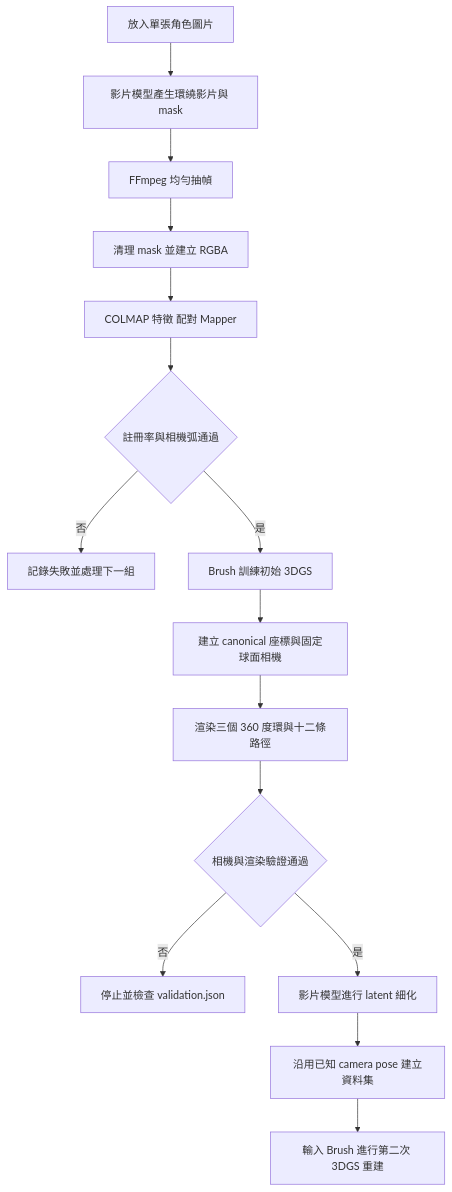
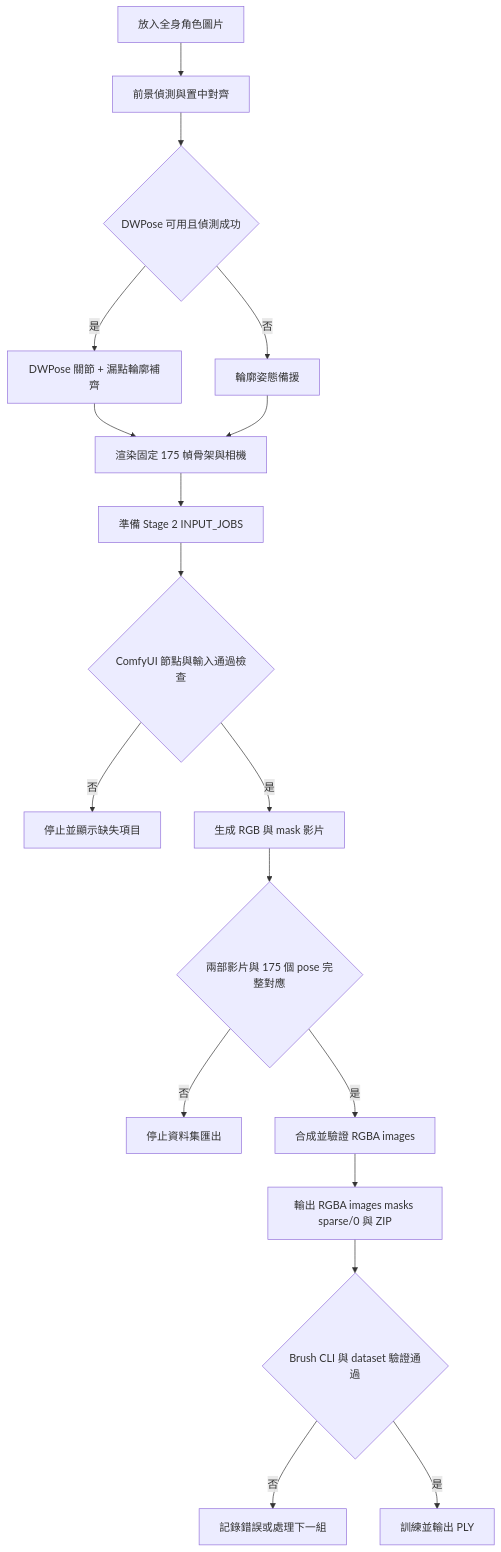
One commit to gkwang4912/VideoSplat changed the third of 3 diagrams in README.md. Above: the diagram before and after it, drawn with Mermaid. The commit also changed other lines of this file and 110 other files, not shown here.

````diff
--- a/README.md
+++ b/README.md
@@ -71,17 +79,20 @@
 ```mermaid
 flowchart TD
-    S[放入單張角色圖片] --> G[影片模型產生環繞影片與 mask]
-    G --> F[FFmpeg 均勻抽幀]
-    F --> R[清理 mask 並建立 RGBA]
-    R --> C[COLMAP 特徵 配對 Mapper]
-    C --> Q{註冊率與相機弧通過}
-    Q -- 否 --> X[記錄失敗並處理下一組]
-    Q -- 是 --> B[Brush 訓練初始 3DGS]
-    B --> O[建立 canonical 座標與固定球面相機]
-    O --> T[渲染三個 360 度環與十二條路徑]
-    T --> V{相機與渲染驗證通過}
-    V -- 否 --> Y[停止並檢查 validation.json]
-    V -- 是 --> L[影片模型進行 latent 細化]
-    L --> K[沿用已知 camera pose 建立資料集]
-    K --> Z[輸入 Brush 進行第二次 3DGS 重建]
+    A[放入全身角色圖片] --> B[前景偵測與置中對齊]
+    B --> C{DWPose 可用且偵測成功}
+    C -- 是 --> D[DWPose 關節 + 漏點輪廓補齊]
+    C -- 否 --> E[輪廓姿態備援]
+    D --> F[渲染固定 175 幀骨架與相機]
+    E --> F
+    F --> G[準備 Stage 2 INPUT_JOBS]
+    G --> H{ComfyUI 節點與輸入通過檢查}
+    H -- 否 --> X[停止並顯示缺失項目]
+    H -- 是 --> I[生成 RGB 與 mask 影片]
+    I --> J{兩部影片與 175 個 pose 完整對應}
+    J -- 否 --> Y[停止資料集匯出]
+    J -- 是 --> K[合成並驗證 RGBA images]
+    K --> N[輸出 RGBA images masks sparse/0 與 ZIP]
+    N --> L{Brush CLI 與 dataset 驗證通過}
+    L -- 否 --> Z[記錄錯誤或處理下一組]
+    L -- 是 --> M[訓練並輸出 PLY]
 ```
````
